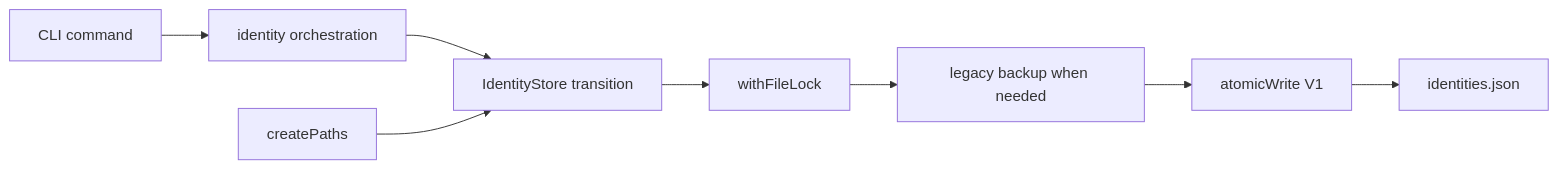
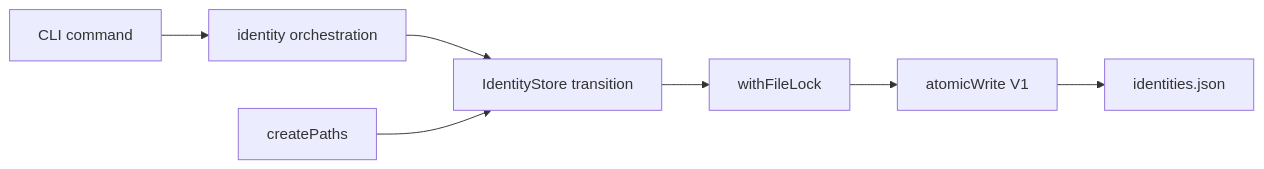
Before and after one commit to astrale-os/cli: the diagram in src/state/.spec/architecture.md, drawn with Mermaid. The commit also changed other lines of this file and 37 other files, not shown here.

````diff
--- a/src/state/.spec/architecture.md
+++ b/src/state/.spec/architecture.md
@@ -37,10 +39,9 @@
 ```mermaid
 flowchart LR
   C[CLI command] --> I[identity orchestration]
   I --> R[IdentityStore transition]
   R --> L[withFileLock]
-  L --> B[legacy backup when needed]
-  B --> A[atomicWrite V1]
+  L --> A[atomicWrite V1]
   A --> F[identities.json]
   P[createPaths] --> R
 ```
````
